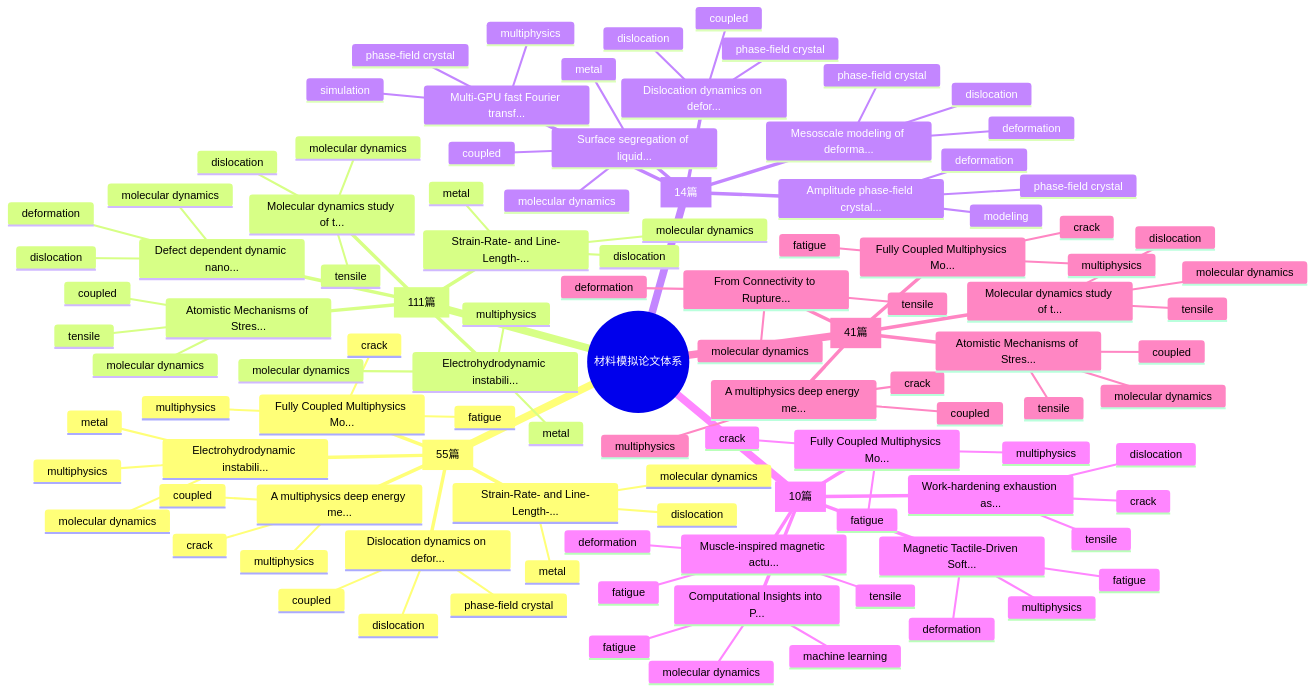
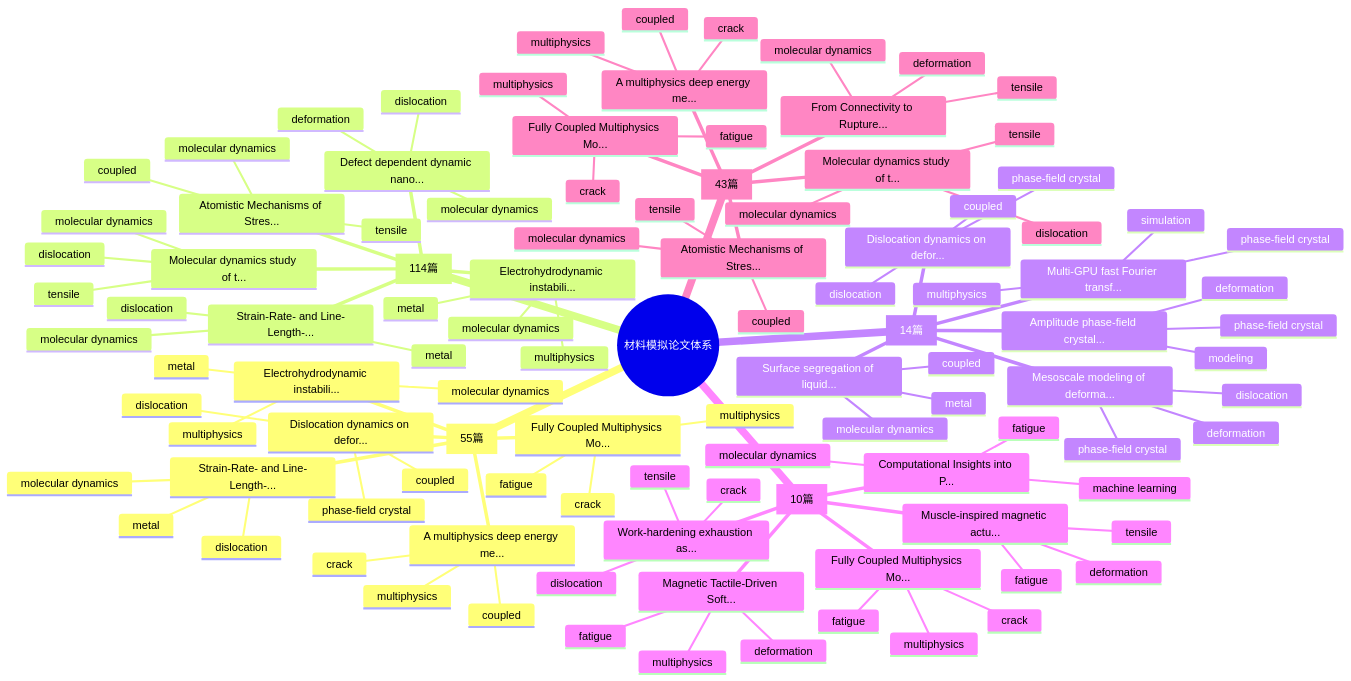
The first of 2 diagrams in README.md (Shirakawa11111/BJK_readpaper), drawn with Mermaid before and after one commit. The commit also changed other lines of this file and 11 other files, not shown here.

```diff
--- a/README.md
+++ b/README.md
@@ -115,7 +115,7 @@
         molecular dynamics
         dislocation
         metal
-    Molecular Dynamics [111篇]
+    Molecular Dynamics [114篇]
       Molecular dynamics study of t...
         molecular dynamics
         dislocation
@@ -178,7 +178,7 @@
         multiphysics
         fatigue
         deformation
-    Tensile / Deformation Simulation [41篇]
+    Tensile / Deformation Simulation [43篇]
       Fully Coupled Multiphysics Mo...
         fatigue
         multiphysics
```
